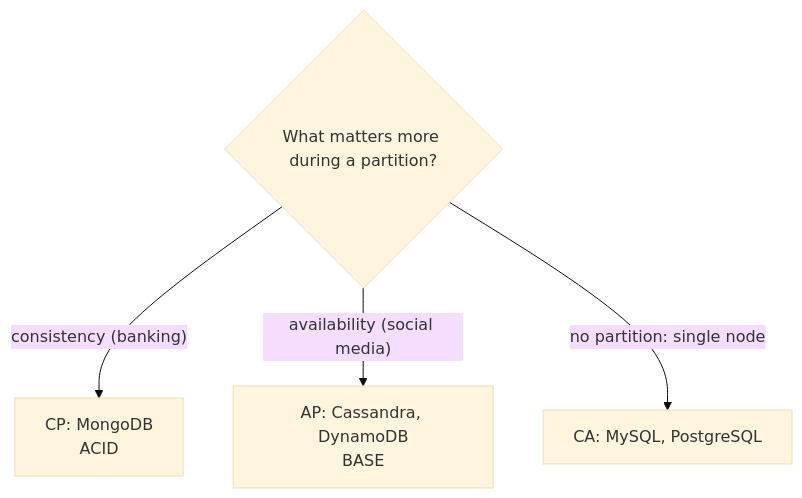
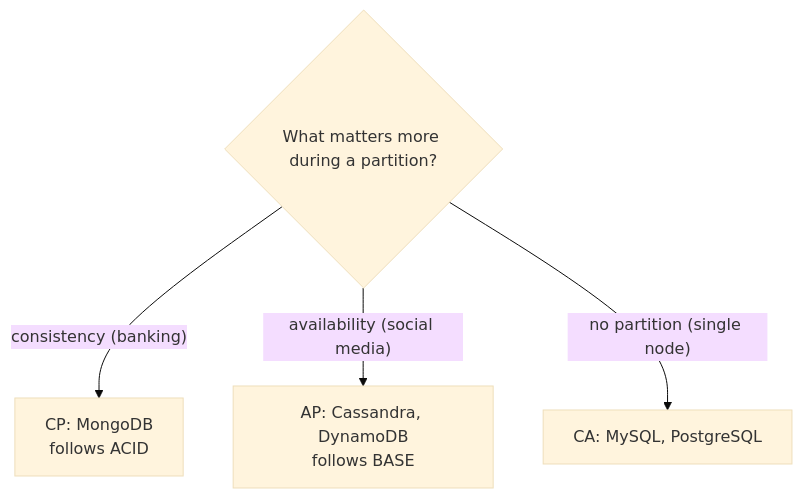
The eighth of 8 diagrams in dbms/20-cap-theorem.md (aaryan-pradhan/core-cs-fundamentals), drawn with Mermaid (base theme) before and after one commit. The commit also changed other lines of this file, not shown here.

````diff
--- a/dbms/20-cap-theorem.md
+++ b/dbms/20-cap-theorem.md
@@ -129,7 +129,7 @@
-   ```mermaid
-   flowchart TB
-     Q{"What matters more during a partition?"}
-     Q -- "consistency (banking)" --> CP["CP: MongoDB<br/>ACID"]
-     Q -- "availability (social media)" --> AP["AP: Cassandra, DynamoDB<br/>BASE"]
-     Q -- "no partition: single node" --> CA["CA: MySQL, PostgreSQL"]
-   ```
+```mermaid
+flowchart TB
+  Q{"What matters more during a partition?"}
+  Q -- "consistency (banking)" --> CP["CP: MongoDB<br/>follows ACID"]
+  Q -- "availability (social media)" --> AP["AP: Cassandra, DynamoDB<br/>follows BASE"]
+  Q -- "no partition (single node)" --> CA["CA: MySQL, PostgreSQL"]
+```
````
